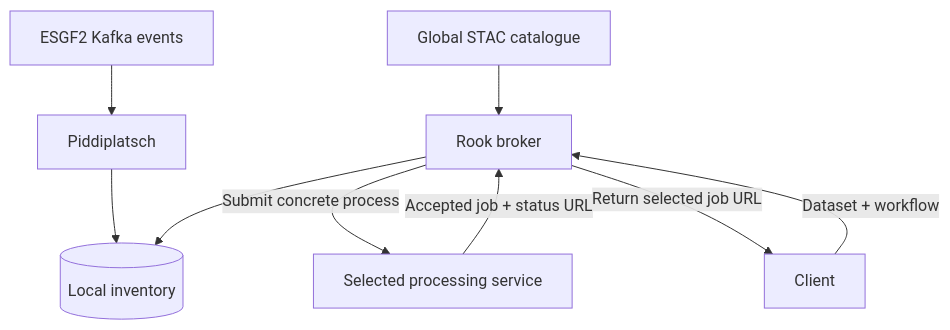
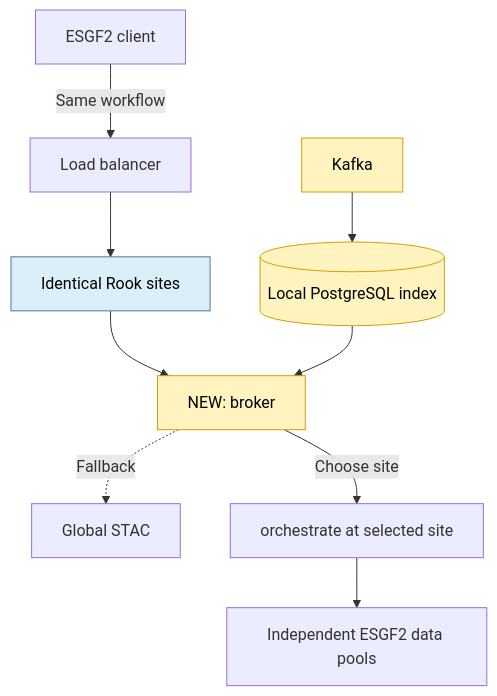
One commit to roocs/rook changed the fourth of 10 diagrams in Rook_WPS_ESGF2_talk_draft.md. Above: the diagram before and after it, drawn with Mermaid. The commit also changed other lines of this file, not shown here.

````diff
--- a/Rook_WPS_ESGF2_talk_draft.md
+++ b/Rook_WPS_ESGF2_talk_draft.md
@@ -102,11 +122,16 @@
 ```mermaid
 flowchart TD
-    Kafka["ESGF2 Kafka events"] --> Piddi["Piddiplatsch"]
-    Piddi --> Index[("Local inventory")]
-    STAC["Global STAC catalogue"] --> Broker["Rook broker"]
-    Client["Client"] -->|"Dataset + workflow"| Broker["Rook broker"]
-    Broker --> Index
-    Broker -->|"Submit concrete process"| Site["Selected processing service"]
-    Site -->|"Accepted job + status URL"| Broker
-    Broker -->|"Return selected job URL"| Client
+    Client["ESGF2 client"] -->|"Same workflow"| LB["Load balancer"]
+    LB --> Rook["Identical Rook sites"]
+    Rook --> Broker["NEW: broker"]
+    Kafka["Kafka"] --> Index[("Local PostgreSQL index")]
+    Index --> Broker
+    Broker -.->|"Fallback"| STAC["Global STAC"]
+    Broker -->|"Choose site"| Orchestrate["orchestrate at selected site"]
+    Orchestrate --> Data["Independent ESGF2 data pools"]
+
+    style Rook fill:#dceef8,stroke:#457b9d,color:#000
+    style Broker fill:#fff3bf,stroke:#d69e00,color:#000
+    style Index fill:#fff3bf,stroke:#d69e00,color:#000
+    style Kafka fill:#fff3bf,stroke:#d69e00,color:#000
 ```
````
